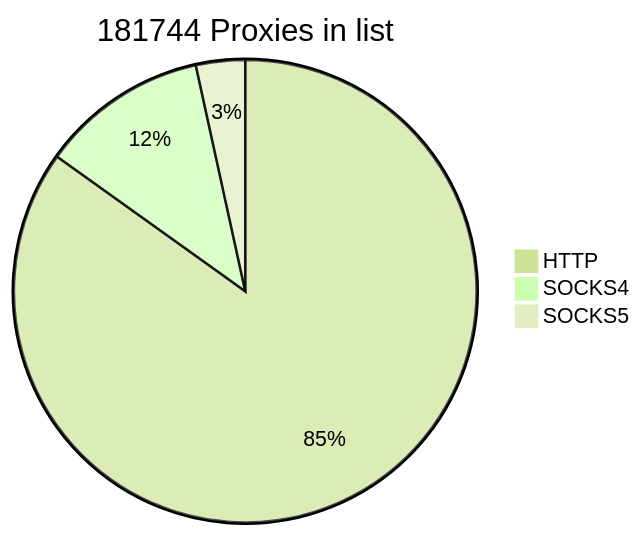
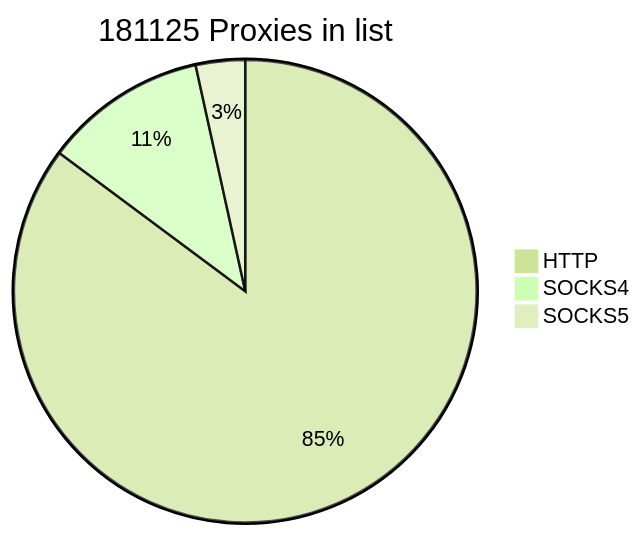
One commit to cutipu/proxylist changed the first of 2 diagrams in README.md. Above: the diagram before and after it, drawn with Mermaid (forest theme). The commit also changed other lines of this file, not shown here.

````diff
--- a/README.md
+++ b/README.md
@@ -2,7 +2,7 @@
 ```mermaid
-pie title 181744 Proxies in list
-    "HTTP" : 154276
-    "SOCKS4" : 21231
+pie title 181125 Proxies in list
+    "HTTP" : 154277
+    "SOCKS4" : 20611
     "SOCKS5" : 6237
             
 ```
````
